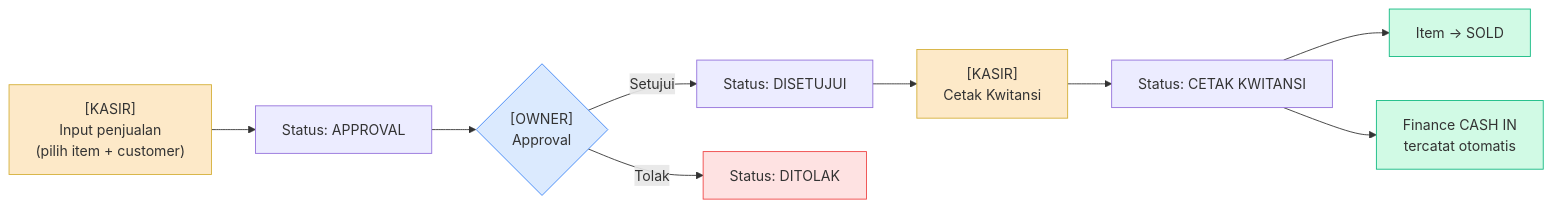
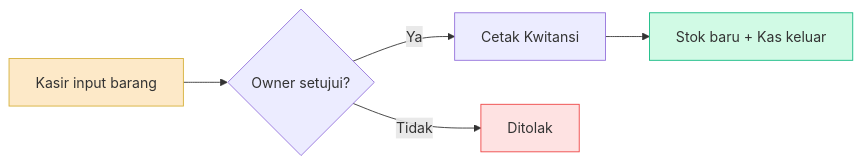
One commit to Armand96/toko_emas changed the fourth of 8 diagrams in MANUAL_BOOK.md. Above: the diagram before and after it, drawn with Mermaid. The commit also changed other lines of this file and 14 other files, not shown here.

````diff
--- a/MANUAL_BOOK.md
+++ b/MANUAL_BOOK.md
@@ -335,17 +193,10 @@
 ```mermaid
 flowchart LR
-    A["[KASIR]<br/>Input penjualan<br/>(pilih item + customer)"] --> B["Status: APPROVAL"]
-    B --> C{"[OWNER]<br/>Approval"}
-    C -->|Setujui| D["Status: DISETUJUI"]
-    D --> E["[KASIR]<br/>Cetak Kwitansi"]
-    E --> F["Status: CETAK KWITANSI"]
-    F --> G["Item → SOLD"]
-    F --> H["Finance CASH IN<br/>tercatat otomatis"]
-    C -->|Tolak| I["Status: DITOLAK"]
+    A[Kasir input barang] --> B{Owner setujui?}
+    B -->|Ya| C[Cetak Kwitansi]
+    C --> D[Stok baru + Kas keluar]
+    B -->|Tidak| E[Ditolak]
     style A fill:#fde9c8,stroke:#d4af37
-    style C fill:#dbeafe,stroke:#3b82f6
-    style E fill:#fde9c8,stroke:#d4af37
-    style G fill:#d1fae5,stroke:#10b981
-    style H fill:#d1fae5,stroke:#10b981
-    style I fill:#fee2e2,stroke:#ef4444
+    style D fill:#d1fae5,stroke:#10b981
+    style E fill:#fee2e2,stroke:#ef4444
 ```
````
